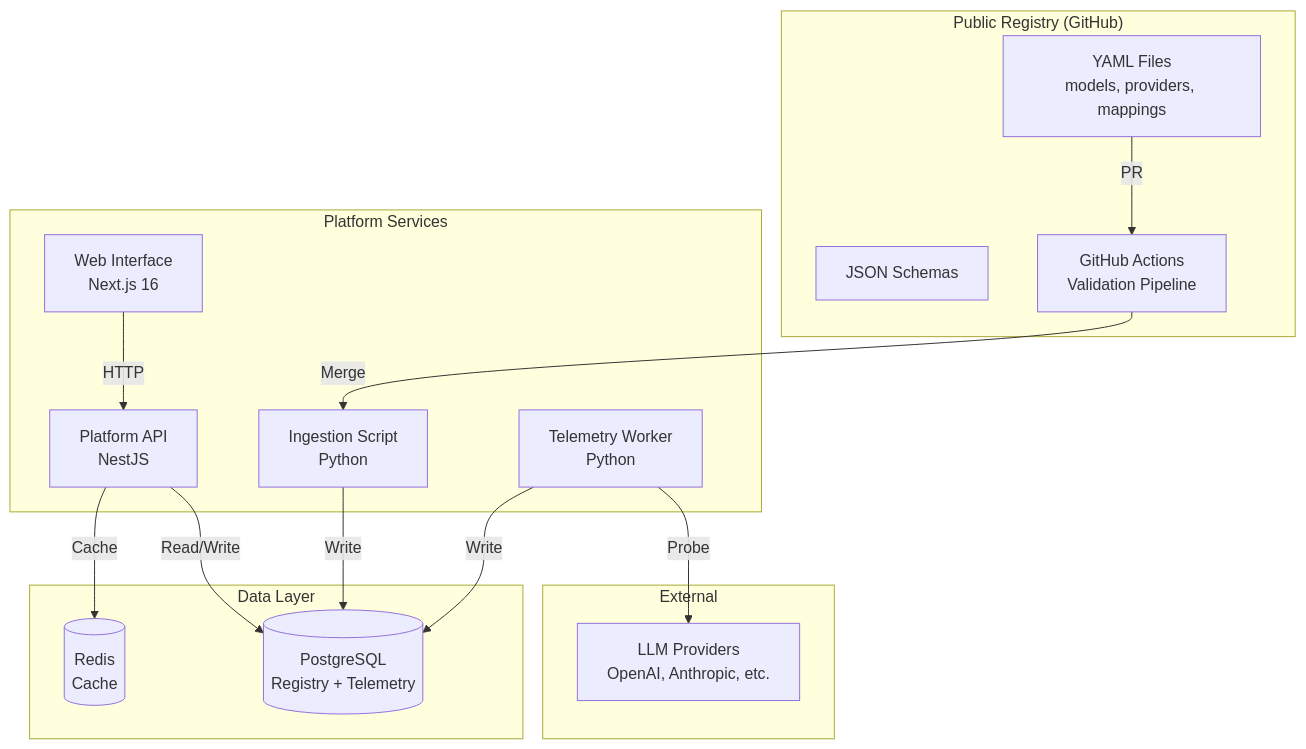
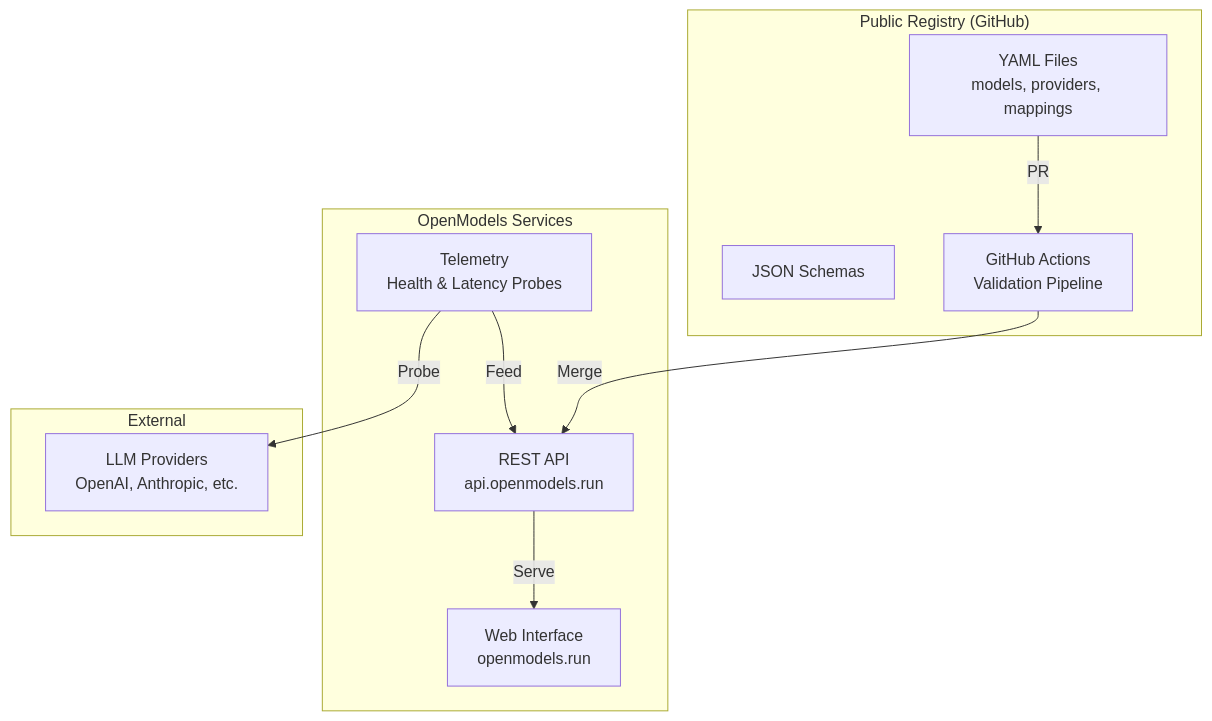
The diagram in content/architecture/overview.mdx (openmodelsrun/docs), drawn with Mermaid before and after one commit. The commit also changed other lines of this file and 9 other files, not shown here.

Commit message:
0.6.2 – update terminology from "platform" to "registry" and simplify architecture diagrams

````diff
--- a/content/architecture/overview.mdx
+++ b/content/architecture/overview.mdx
@@ -16,33 +16,24 @@
 ```mermaid
 graph TB
     subgraph "Public Registry (GitHub)"
         YAML[YAML Files<br/>models, providers, mappings]
         Schema[JSON Schemas]
         Validation[GitHub Actions<br/>Validation Pipeline]
     end
 
-    subgraph "Platform Services"
-        Ingestion[Ingestion Script<br/>Python]
-        API[Platform API<br/>NestJS]
-        Worker[Telemetry Worker<br/>Python]
-        Web[Web Interface<br/>Next.js 16]
-    end
-
-    subgraph "Data Layer"
-        PG[(PostgreSQL<br/>Registry + Telemetry)]
-        Redis[(Redis<br/>Cache)]
+    subgraph "OpenModels Services"
+        API[REST API<br/>api.openmodels.run]
+        Telemetry[Telemetry<br/>Health & Latency Probes]
+        Web[Web Interface<br/>openmodels.run]
     end
 
     subgraph "External"
         Providers[LLM Providers<br/>OpenAI, Anthropic, etc.]
     end
 
     YAML -->|PR| Validation
-    Validation -->|Merge| Ingestion
-    Ingestion -->|Write| PG
-    API -->|Read/Write| PG
-    API -->|Cache| Redis
-    Worker -->|Probe| Providers
-    Worker -->|Write| PG
-    Web -->|HTTP| API
+    Validation -->|Merge| API
+    API -->|Serve| Web
+    Telemetry -->|Probe| Providers
+    Telemetry -->|Feed| API
 ```
````
